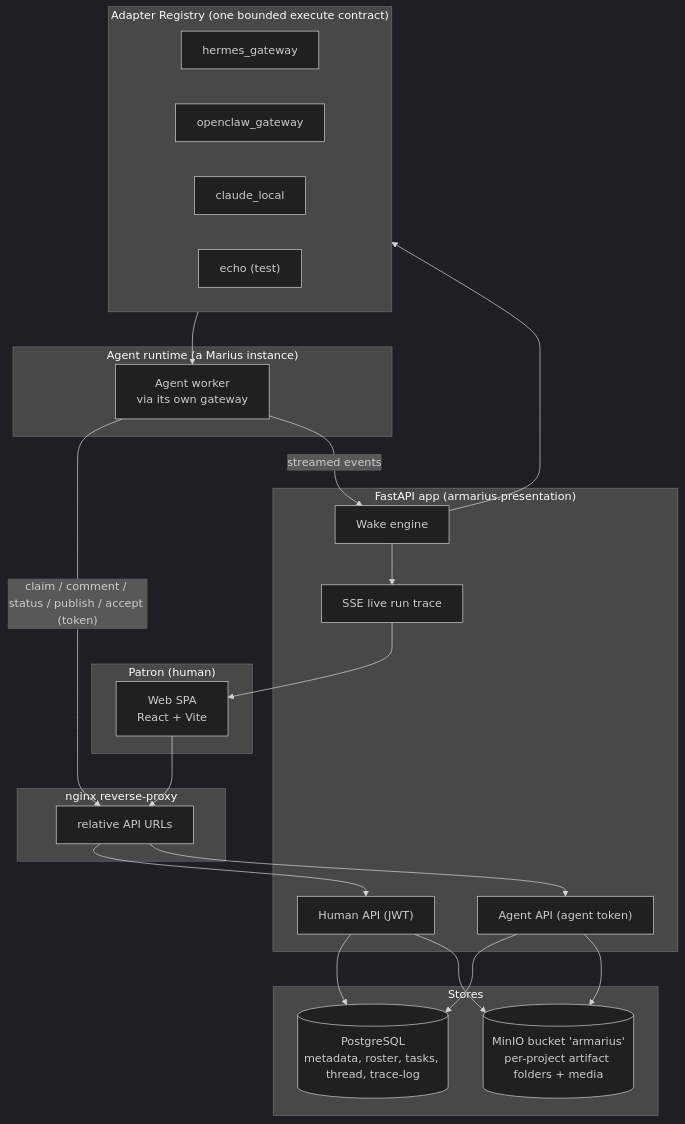
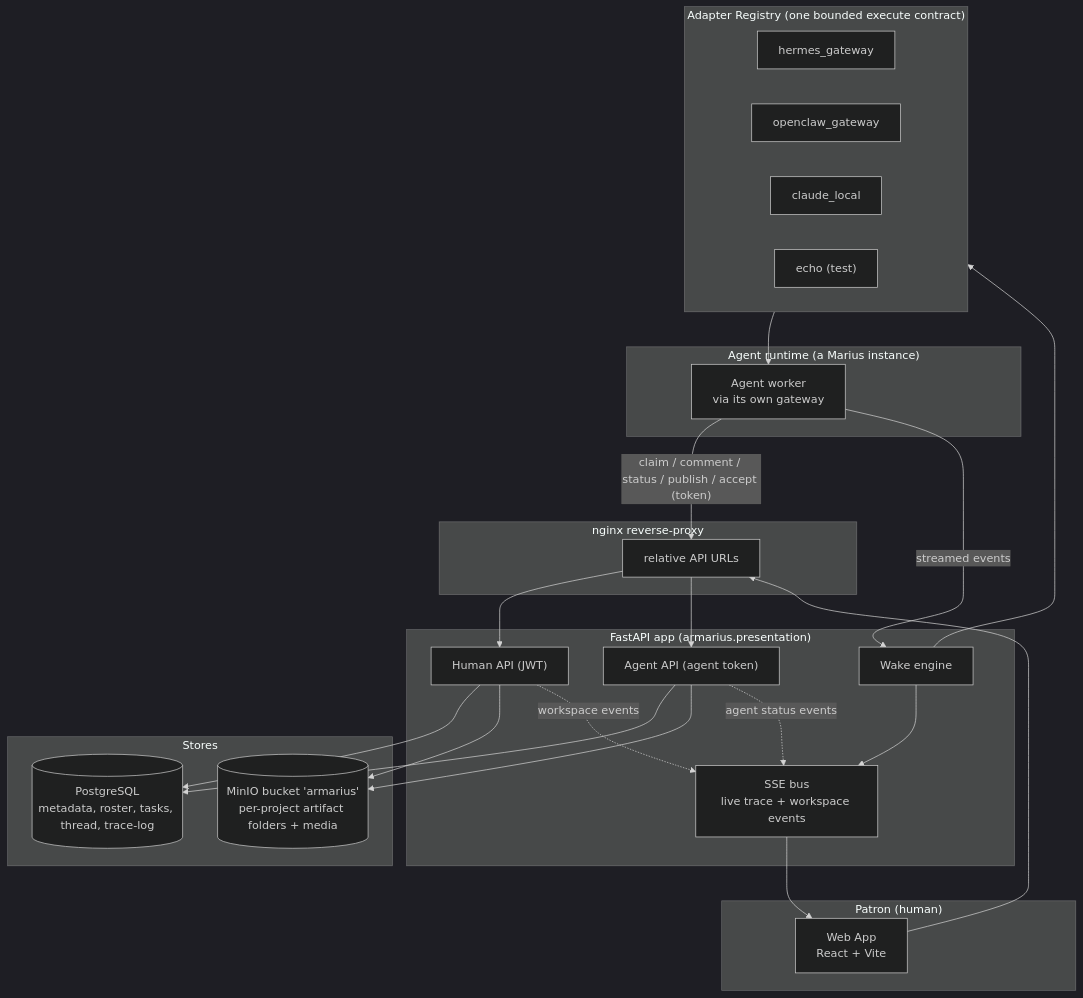
The first of 15 diagrams in docs/ARCHITECTURE.md (gnust-company/A.R.MARIUS), drawn with Mermaid (dark theme) before and after one commit. The commit also changed other lines of this file, not shown here.

First line of the commit message:
docs(architecture): rewrite use cases in full detail + Web App rename

````diff
--- a/docs/ARCHITECTURE.md
+++ b/docs/ARCHITECTURE.md
@@ -24,44 +24,47 @@
 ```mermaid
 flowchart TB
   subgraph Patron["Patron (human)"]
-    UI["Web SPA<br/>React + Vite"]
+    UI["Web App<br/>React + Vite"]
   end
 
   subgraph Edge["nginx reverse-proxy"]
     NX["relative API URLs"]
   end
 
   subgraph App["FastAPI app (armarius.presentation)"]
     H["Human API (JWT)"]
     A["Agent API (agent token)"]
     WAKE["Wake engine"]
-    SSE["SSE live run trace"]
+    SSE["SSE bus<br/>live trace + workspace events"]
   end
 
   subgraph Reg["Adapter Registry (one bounded execute contract)"]
     AD1["hermes_gateway"]
     AD2["openclaw_gateway"]
     AD3["claude_local"]
     AD4["echo (test)"]
   end
 
   subgraph Runtime["Agent runtime (a Marius instance)"]
     AGENT["Agent worker<br/>via its own gateway"]
   end
 
   subgraph Stores
     PG[("PostgreSQL<br/>metadata, roster, tasks, thread, trace-log")]
     MN[("MinIO bucket 'armarius'<br/>per-project artifact folders + media")]
   end
 
   UI --> NX --> H
   H --> PG
   H --> MN
   WAKE --> Reg
   Reg --> AGENT
   AGENT -- "claim / comment / status / publish / accept (token)" --> NX --> A
   A --> PG
   A --> MN
   AGENT -- "streamed events" --> WAKE
-  WAKE --> SSE --> UI
+  WAKE --> SSE
+  H -.->|workspace events| SSE
+  A -.->|agent status events| SSE
+  SSE --> UI
 ```
````
